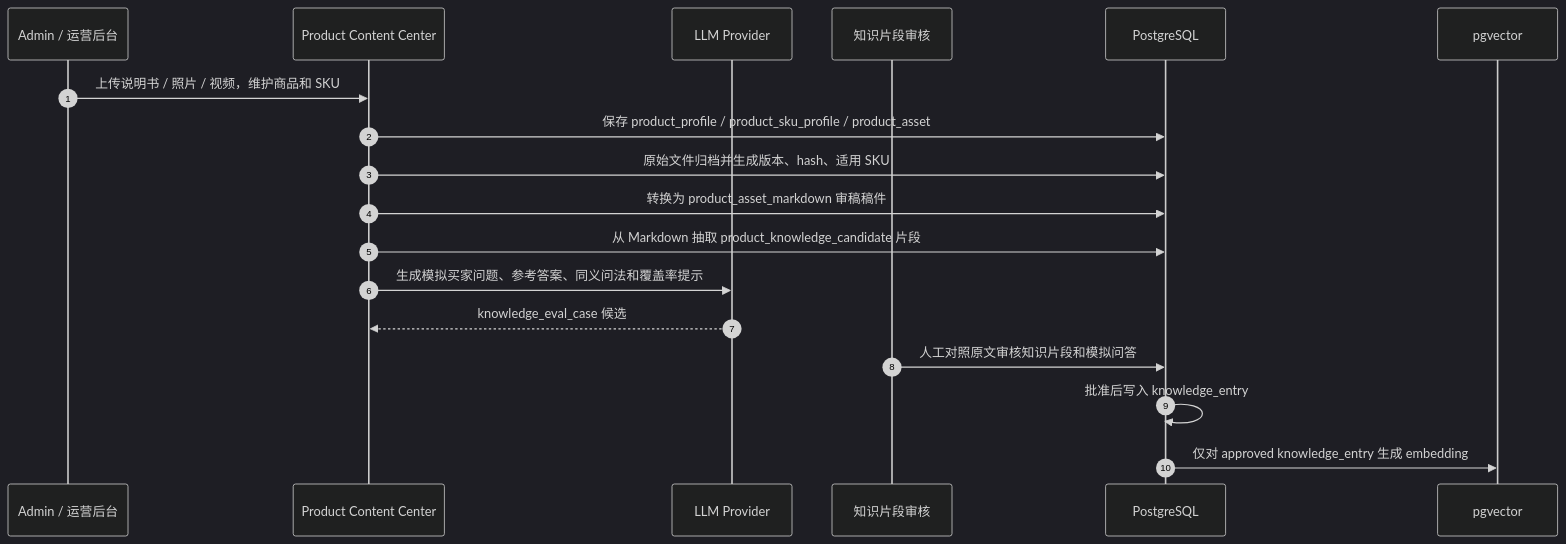
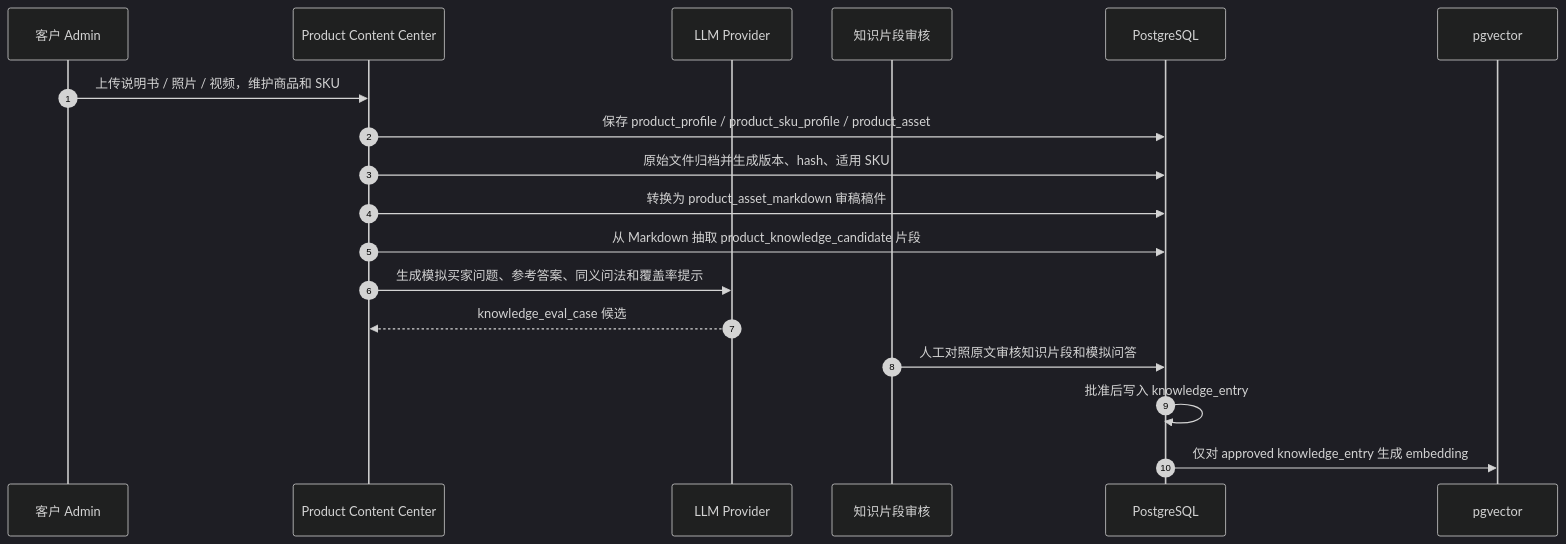
Before and after one commit to liuyenhui/ecommerce-cs-agent: the sixth of 10 diagrams in docs/system-architecture.md, drawn with Mermaid (dark theme). The commit also changed other lines of this file and 16 other files, not shown here.

````diff
--- a/docs/system-architecture.md
+++ b/docs/system-architecture.md
@@ -454,21 +458,21 @@
 ```mermaid
 sequenceDiagram
   autonumber
-  participant Admin as Admin / 运营后台
+  participant Admin as 客户 Admin
   participant Asset as Product Content Center
   participant LLM as LLM Provider
   participant Review as 知识片段审核
   participant DB as PostgreSQL
   participant Vector as pgvector
 
   Admin->>Asset: 上传说明书 / 照片 / 视频，维护商品和 SKU
   Asset->>DB: 保存 product_profile / product_sku_profile / product_asset
   Asset->>DB: 原始文件归档并生成版本、hash、适用 SKU
   Asset->>DB: 转换为 product_asset_markdown 审稿稿件
   Asset->>DB: 从 Markdown 抽取 product_knowledge_candidate 片段
   Asset->>LLM: 生成模拟买家问题、参考答案、同义问法和覆盖率提示
   LLM-->>Asset: knowledge_eval_case 候选
   Review->>DB: 人工对照原文审核知识片段和模拟问答
   DB->>DB: 批准后写入 knowledge_entry
   DB->>Vector: 仅对 approved knowledge_entry 生成 embedding
 ```
````
